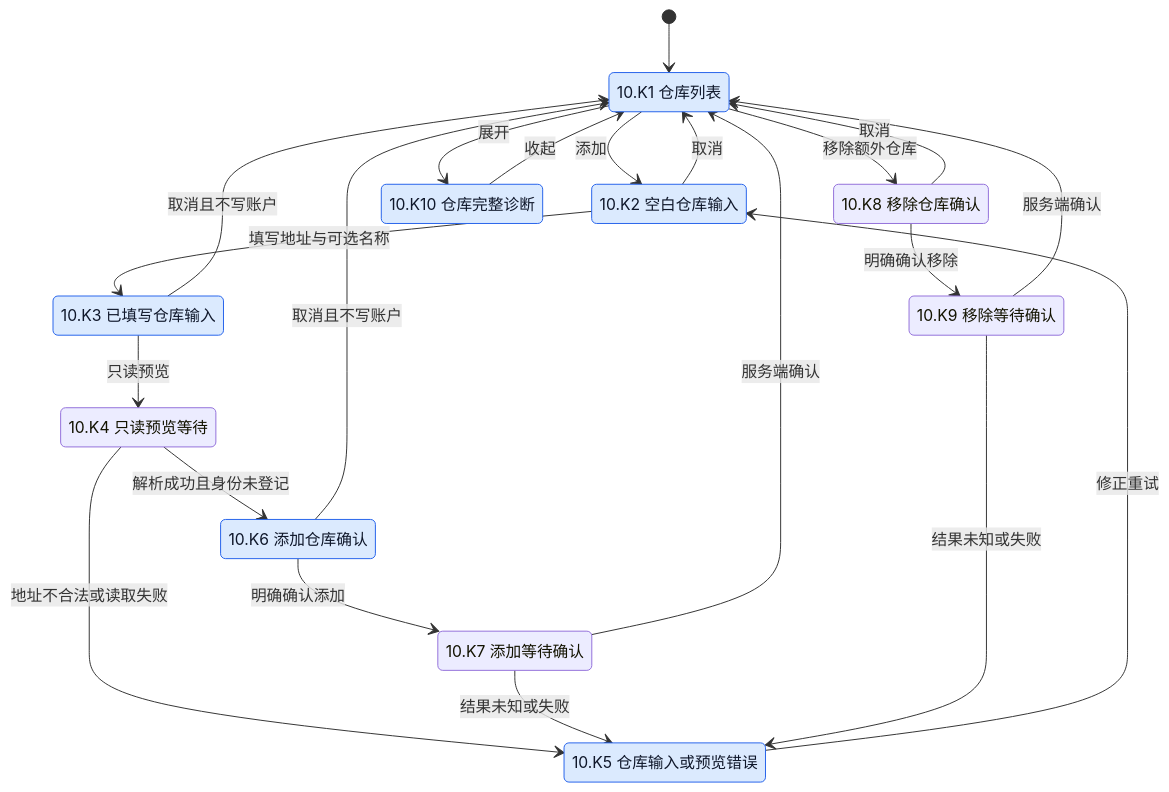
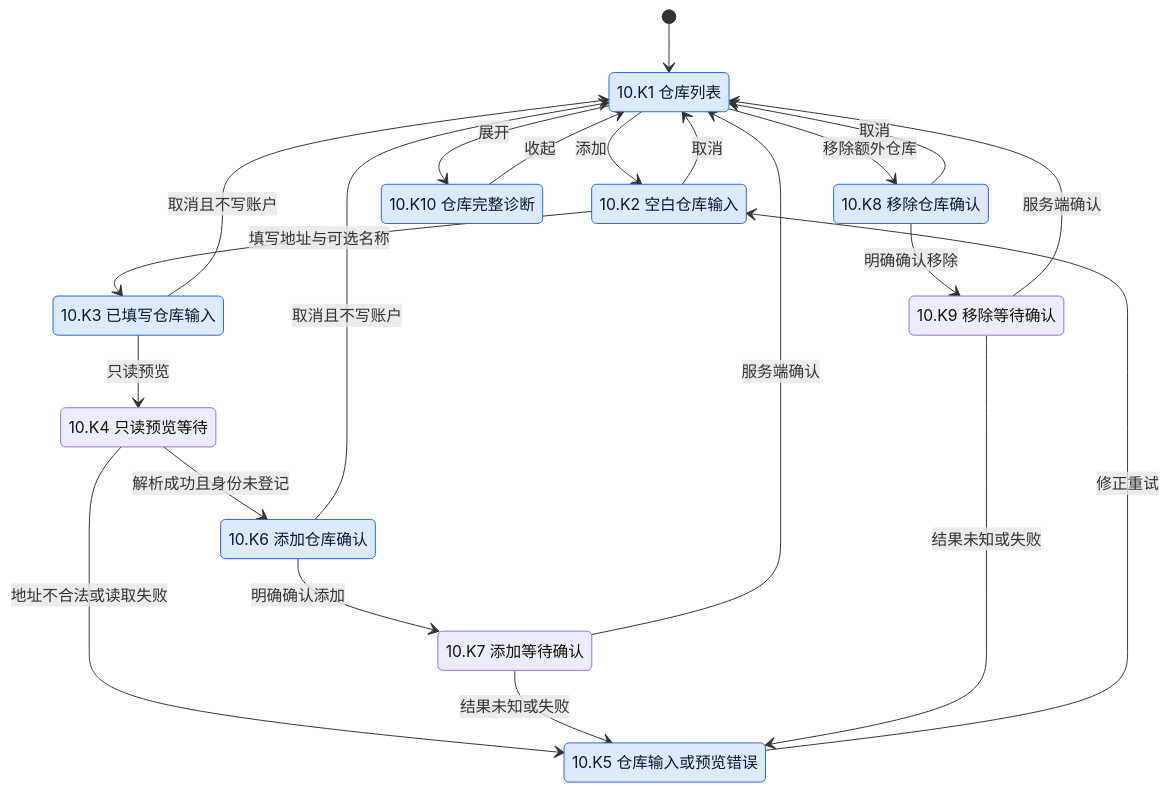
One commit to Wybxc/karuyomi changed the tenth of 14 diagrams in docs/verification/mihon-state-coverage.md. Above: the diagram before and after it, drawn with Mermaid. The commit also changed other lines of this file and 11 other files, not shown here.

````diff
--- a/docs/verification/mihon-state-coverage.md
+++ b/docs/verification/mihon-state-coverage.md
@@ -969,35 +969,35 @@
 ```mermaid
 stateDiagram-v2
     [*] --> Repositories
     state "10.K1 仓库列表" as Repositories
     state "10.K2 空白仓库输入" as EmptyRepositoryInput
     state "10.K3 已填写仓库输入" as RepositoryInput
     state "10.K4 只读预览等待" as PreviewingRepository
     state "10.K5 仓库输入或预览错误" as RepositoryError
     state "10.K6 添加仓库确认" as ConfirmingRepository
     state "10.K7 添加等待确认" as SavingRepository
     state "10.K8 移除仓库确认" as RemovingRepository
     state "10.K9 移除等待确认" as SavingRemoval
     state "10.K10 仓库完整诊断" as RepositoryDiagnostics
     Repositories --> EmptyRepositoryInput: 添加
     EmptyRepositoryInput --> RepositoryInput: 填写地址与可选名称
     RepositoryInput --> Repositories: 取消且不写账户
     EmptyRepositoryInput --> Repositories: 取消
     RepositoryInput --> PreviewingRepository: 只读预览
     PreviewingRepository --> RepositoryError: 地址不合法或读取失败
     PreviewingRepository --> ConfirmingRepository: 解析成功且身份未登记
     RepositoryError --> EmptyRepositoryInput: 修正重试
     ConfirmingRepository --> Repositories: 取消且不写账户
     ConfirmingRepository --> SavingRepository: 明确确认添加
     SavingRepository --> Repositories: 服务端确认
     SavingRepository --> RepositoryError: 结果未知或失败
     Repositories --> RemovingRepository: 移除额外仓库
     RemovingRepository --> Repositories: 取消
     RemovingRepository --> SavingRemoval: 明确确认移除
     SavingRemoval --> Repositories: 服务端确认
     SavingRemoval --> RepositoryError: 结果未知或失败
     Repositories --> RepositoryDiagnostics: 展开
     RepositoryDiagnostics --> Repositories: 收起
     classDef paired fill:#dbeafe,stroke:#2563eb,color:#0f172a
-    class Repositories,EmptyRepositoryInput,RepositoryInput,RepositoryError,ConfirmingRepository,RepositoryDiagnostics paired
+    class Repositories,EmptyRepositoryInput,RepositoryInput,RepositoryError,ConfirmingRepository,RemovingRepository,RepositoryDiagnostics paired
 ```
````
